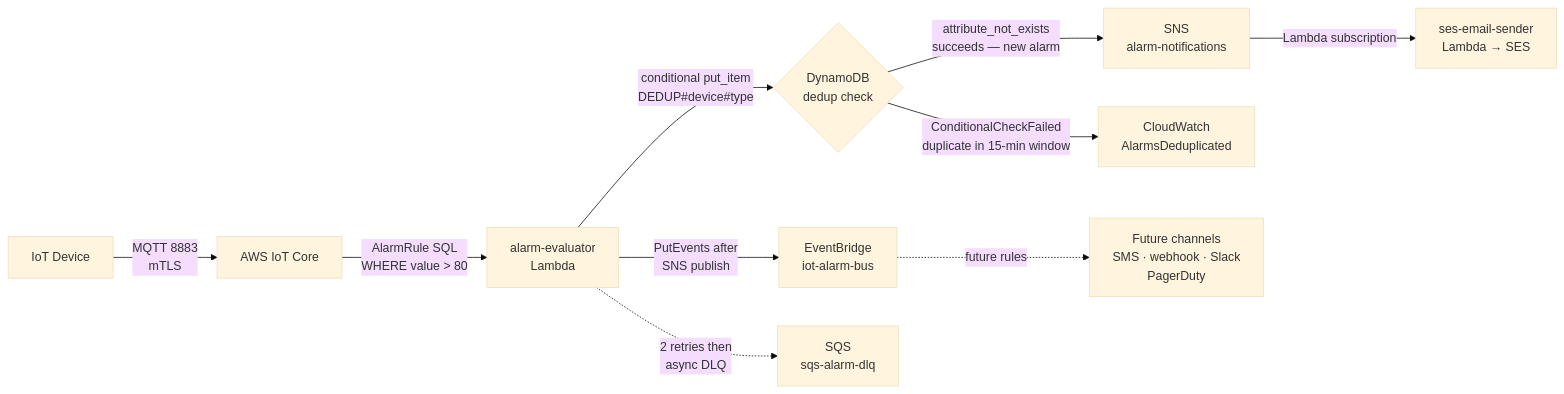
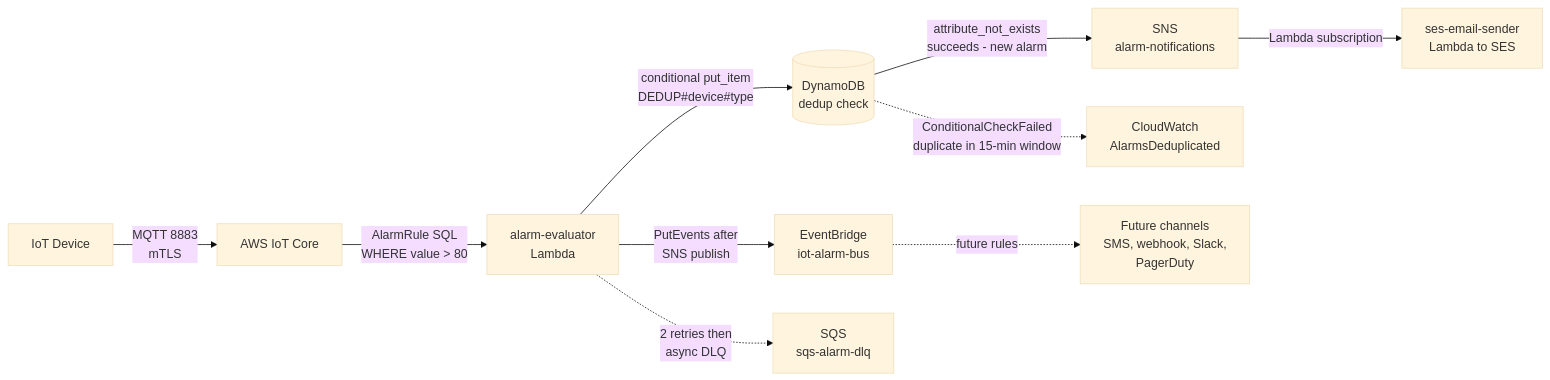
The diagram in docs/architecture/06-alarm-notifications.md (aldorea/ikerland-data), drawn with Mermaid (base theme) before and after one commit. The commit also changed 9 other files, not shown here.

First line of the commit message:
fix(docs): fix Mermaid rendering issues across all architecture diagrams

````diff
--- a/docs/architecture/06-alarm-notifications.md
+++ b/docs/architecture/06-alarm-notifications.md
@@ -188,12 +188,12 @@
 ```mermaid
 flowchart LR
     DEV[IoT Device] -->|"MQTT 8883<br/>mTLS"| IOT[AWS IoT Core]
-    IOT -->|AlarmRule SQL<br/>WHERE value > 80| ALM[alarm-evaluator<br/>Lambda]
-    ALM -->|"conditional put_item<br/>DEDUP#device#type"| DDB{DynamoDB<br/>dedup check}
-    DDB -->|"attribute_not_exists<br/>succeeds — new alarm"| SNS[SNS<br/>alarm-notifications]
-    DDB -->|"ConditionalCheckFailed<br/>duplicate in 15-min window"| CW[CloudWatch<br/>AlarmsDeduplicated]
-    SNS -->|"Lambda subscription"| SES[ses-email-sender<br/>Lambda → SES]
+    IOT -->|"AlarmRule SQL<br/>WHERE value &gt; 80"| ALM[alarm-evaluator<br/>Lambda]
+    ALM -->|"conditional put_item<br/>DEDUP#device#type"| DDB[("DynamoDB<br/>dedup check")]
+    DDB -->|"attribute_not_exists<br/>succeeds - new alarm"| SNS[SNS<br/>alarm-notifications]
+    DDB -.->|"ConditionalCheckFailed<br/>duplicate in 15-min window"| CW[CloudWatch<br/>AlarmsDeduplicated]
+    SNS -->|"Lambda subscription"| SES["ses-email-sender<br/>Lambda to SES"]
     ALM -->|"PutEvents after<br/>SNS publish"| EB[EventBridge<br/>iot-alarm-bus]
-    EB -.->|"future rules"| FUT[Future channels<br/>SMS · webhook · Slack<br/>PagerDuty]
+    EB -.->|"future rules"| FUT["Future channels<br/>SMS, webhook, Slack,<br/>PagerDuty"]
     ALM -.->|"2 retries then<br/>async DLQ"| DLQ[SQS<br/>sqs-alarm-dlq]
 ```
````
